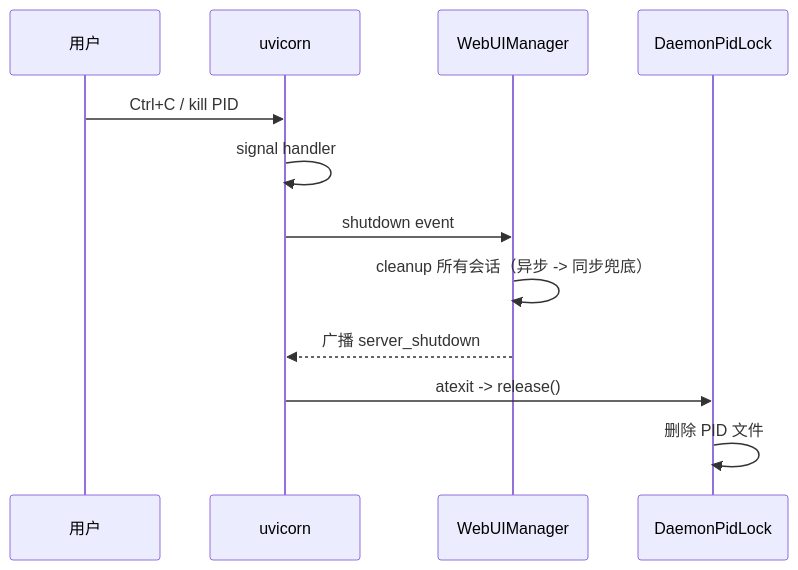
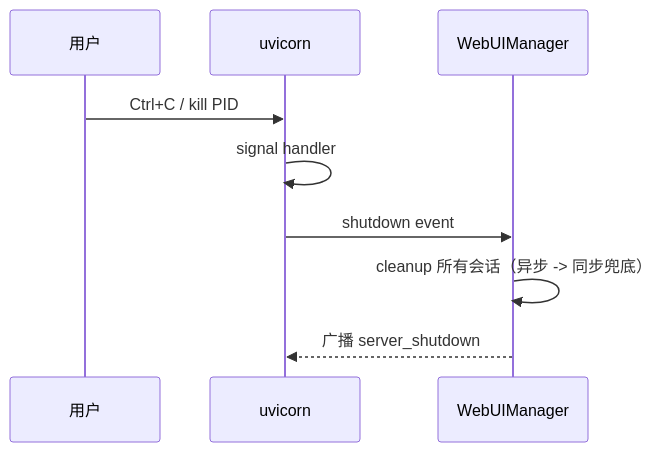
The ninth of 9 diagrams in docs/architecture/interaction-flows.md (0xlane/mcp-interactive-feedback-multi-session), drawn with Mermaid before and after one commit. The commit also changed other lines of this file and 14 other files, not shown here.

First line of the commit message:
refactor: remove daemon PID lock single-instance detection

````diff
--- a/docs/architecture/interaction-flows.md
+++ b/docs/architecture/interaction-flows.md
@@ -257,15 +246,12 @@
 ```mermaid
 sequenceDiagram
     participant U as 用户
     participant Uv as uvicorn
     participant W as WebUIManager
-    participant L as DaemonPidLock
 
     U->>Uv: Ctrl+C / kill PID
     Uv->>Uv: signal handler
     Uv->>W: shutdown event
     W->>W: cleanup 所有会话（异步 -> 同步兜底）
     W-->>Uv: 广播 server_shutdown
-    Uv->>L: atexit -> release()
-    L->>L: 删除 PID 文件
 ```
````
